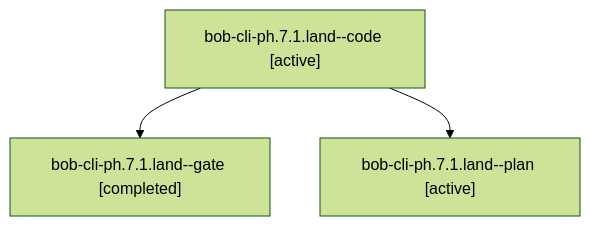
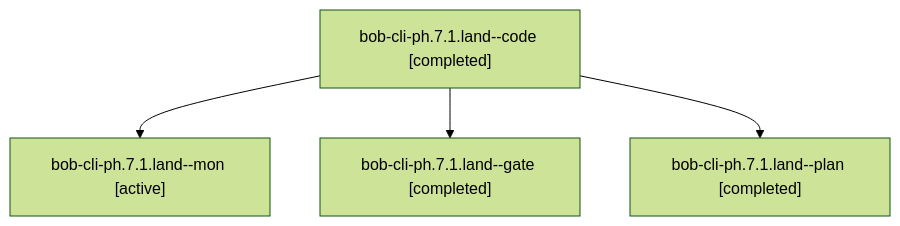
One commit to bobs-org/bob-cli--agents changed the diagram in sessions/bbugyi200.apollo.bob-cli-ph.7.1.land.md. Above: the diagram before and after it, drawn with Mermaid (forest theme). The commit also changed other lines of this file and 97 other files, not shown here.

````diff
--- a/sessions/bbugyi200.apollo.bob-cli-ph.7.1.land.md
+++ b/sessions/bbugyi200.apollo.bob-cli-ph.7.1.land.md
@@ -9,8 +9,10 @@
 ```mermaid
 flowchart TD
-  n0["bob-cli-ph.7.1.land--code [active]"]
-  n1["bob-cli-ph.7.1.land--gate [completed]"]
+  n0["bob-cli-ph.7.1.land--code [completed]"]
+  n1["bob-cli-ph.7.1.land--mon [active]"]
   n0 --> n1
-  n2["bob-cli-ph.7.1.land--plan [active]"]
+  n2["bob-cli-ph.7.1.land--gate [completed]"]
   n0 --> n2
+  n3["bob-cli-ph.7.1.land--plan [completed]"]
+  n0 --> n3
 ```
````
